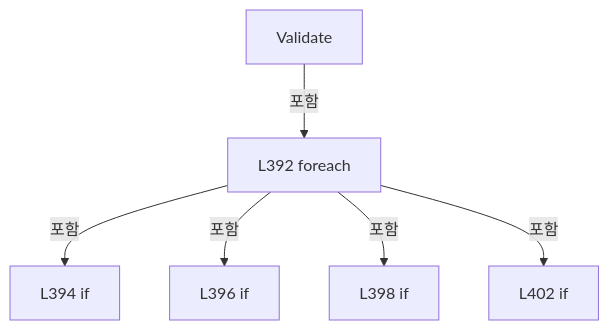
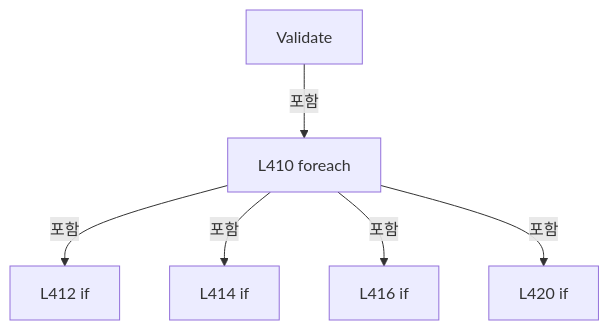
Diagram 18 of 22 in A3 LD Code Ref/files/Drilling.Common/Correction/CAlignInterpolation.cs.md (kjuws10-rgb/Shared), drawn with Mermaid before and after one commit. The commit also changed other lines of this file and 2071 other files, not shown here.

Commit message:
docs(a3): update 11.19.0 architecture and code reference

````diff
--- a/A3 LD Code Ref/files/Drilling.Common/Correction/CAlignInterpolation.cs.md
+++ b/A3 LD Code Ref/files/Drilling.Common/Correction/CAlignInterpolation.cs.md
@@ -3293,14 +3386,14 @@
 ```mermaid
 flowchart TD
  M["Validate"]
- N0["L392 foreach"]
+ N0["L410 foreach"]
  M -->|포함| N0
- N1["L394 if"]
+ N1["L412 if"]
  N0 -->|포함| N1
- N2["L396 if"]
+ N2["L414 if"]
  N0 -->|포함| N2
- N3["L398 if"]
+ N3["L416 if"]
  N0 -->|포함| N3
- N4["L402 if"]
+ N4["L420 if"]
  N0 -->|포함| N4
 ```
````
